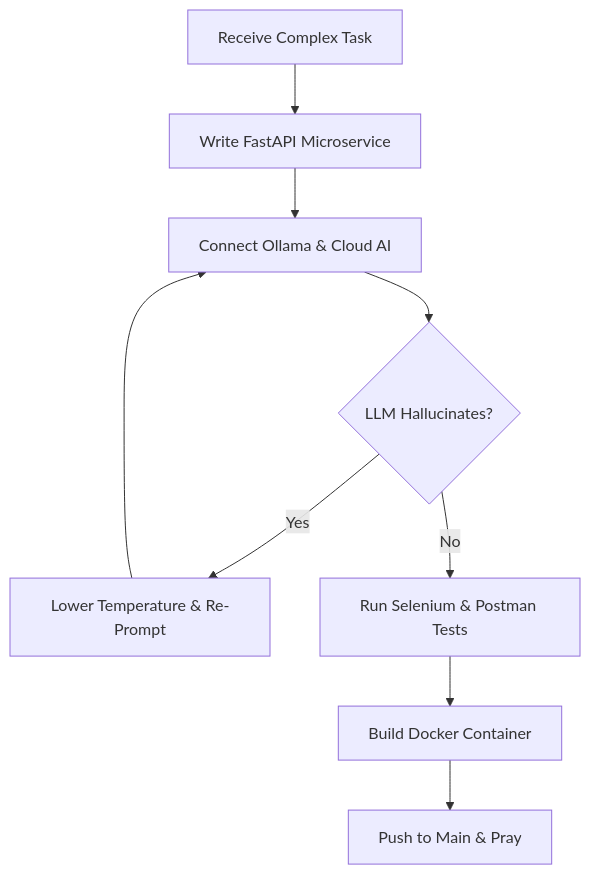
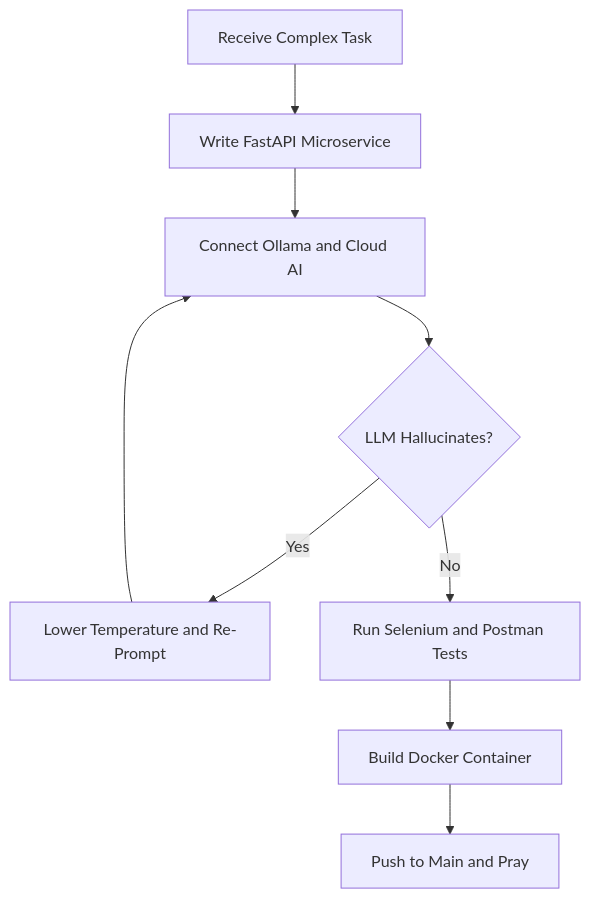
Before and after one commit to MustafaAbdulhammed/MustafaAbdulhammed: the diagram in README.md, drawn with Mermaid. The commit also changed other lines of this file, not shown here.

````diff
--- a/README.md
+++ b/README.md
@@ -103,11 +187,11 @@
 ```mermaid
 flowchart TD
-    A[Receive Complex Task] --> B[Write FastAPI Microservice]
-    B --> C[Connect Ollama & Cloud AI]
-    C --> D{LLM Hallucinates?}
-    D -- Yes --> E[Lower Temperature & Re-Prompt]
+    A["Receive Complex Task"] --> B["Write FastAPI Microservice"]
+    B --> C["Connect Ollama and Cloud AI"]
+    C --> D{"LLM Hallucinates?"}
+    D -->|Yes| E["Lower Temperature and Re-Prompt"]
     E --> C
-    D -- No --> F[Run Selenium & Postman Tests]
-    F --> G[Build Docker Container]
-    G --> H[Push to Main & Pray]
+    D -->|No| F["Run Selenium and Postman Tests"]
+    F --> G["Build Docker Container"]
+    G --> H["Push to Main and Pray"]
 ```
````
